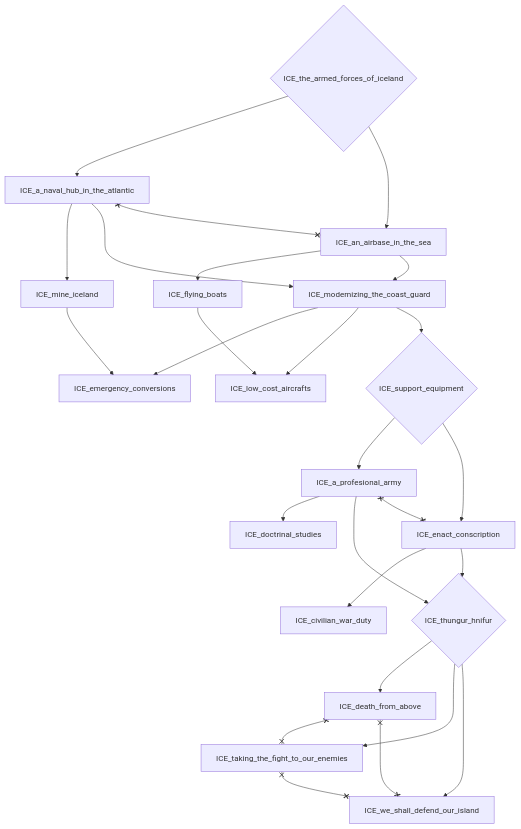
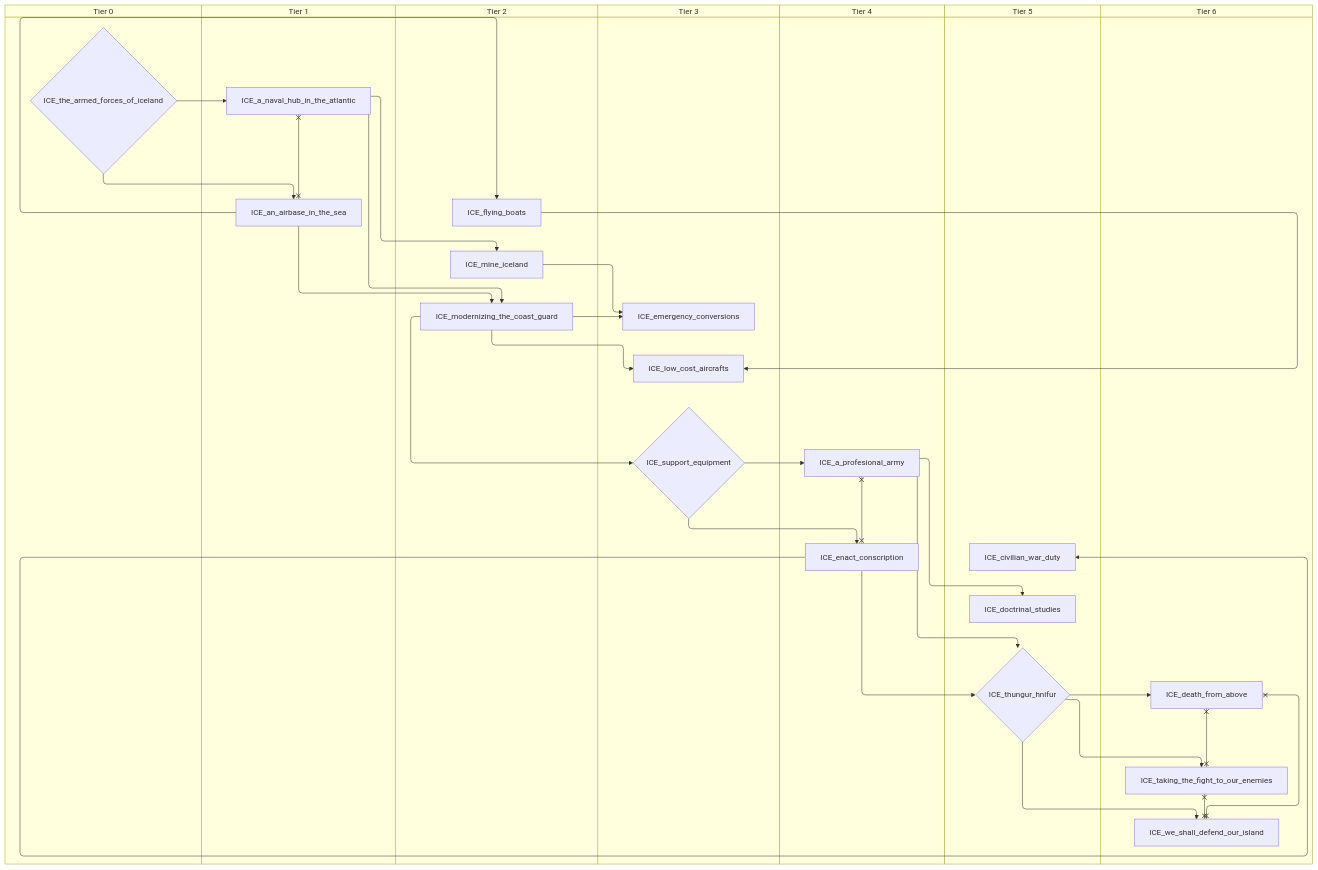
The fifth of 6 diagrams in docs/gdd/National Focuses/iceland.md (evgeny-sobol/hoi4-sandbox-mode-r56), drawn with Mermaid before and after one commit. The commit also changed other lines of this file and 423 other files, not shown here.

First line of the commit message:
Re-export Rt56 focus trees as swimlane diagrams

````diff
--- a/docs/gdd/National Focuses/iceland.md
+++ b/docs/gdd/National Focuses/iceland.md
@@ -165,45 +215,59 @@
 ```mermaid
-flowchart TD
-    n46["ICE_a_naval_hub_in_the_atlantic"]
-    n47["ICE_a_profesional_army"]
-    n48["ICE_an_airbase_in_the_sea"]
-    n49["ICE_civilian_war_duty"]
-    n50["ICE_death_from_above"]
-    n51["ICE_doctrinal_studies"]
-    n52["ICE_emergency_conversions"]
-    n53["ICE_enact_conscription"]
-    n54["ICE_flying_boats"]
-    n55["ICE_low_cost_aircrafts"]
-    n56["ICE_mine_iceland"]
-    n57["ICE_modernizing_the_coast_guard"]
-    n58{"ICE_support_equipment"}
-    n59["ICE_taking_the_fight_to_our_enemies"]
-    n60{"ICE_the_armed_forces_of_iceland"}
-    n61{"ICE_thungur_hnifur"}
-    n62["ICE_we_shall_defend_our_island"]
-    n60 --> n46
-    n58 --> n47
-    n60 --> n48
-    n53 --> n49
-    n61 --> n50
+swimlane-beta TD
+    subgraph tier_0["Tier 0"]
+        n46{"ICE_the_armed_forces_of_iceland"}
+    end
+    subgraph tier_1["Tier 1"]
+        n47["ICE_a_naval_hub_in_the_atlantic"]
+        n48["ICE_an_airbase_in_the_sea"]
+    end
+    subgraph tier_2["Tier 2"]
+        n49["ICE_flying_boats"]
+        n50["ICE_mine_iceland"]
+        n51["ICE_modernizing_the_coast_guard"]
+    end
+    subgraph tier_3["Tier 3"]
+        n52["ICE_emergency_conversions"]
+        n53["ICE_low_cost_aircrafts"]
+        n54{"ICE_support_equipment"}
+    end
+    subgraph tier_4["Tier 4"]
+        n55["ICE_a_profesional_army"]
+        n56["ICE_enact_conscription"]
+    end
+    subgraph tier_5["Tier 5"]
+        n57["ICE_civilian_war_duty"]
+        n58["ICE_doctrinal_studies"]
+        n59{"ICE_thungur_hnifur"}
+    end
+    subgraph tier_6["Tier 6"]
+        n60["ICE_death_from_above"]
+        n61["ICE_taking_the_fight_to_our_enemies"]
+        n62["ICE_we_shall_defend_our_island"]
+    end
+    n46 --> n47
+    n54 --> n55
+    n46 --> n48
+    n56 --> n57
+    n59 --> n60
+    n55 --> n58
+    n50 --> n52
+    n51 --> n52
+    n54 --> n56
+    n48 --> n49
+    n49 --> n53
+    n51 --> n53
+    n47 --> n50
+    n48 --> n51
     n47 --> n51
-    n56 --> n52
-    n57 --> n52
-    n58 --> n53
-    n48 --> n54
-    n54 --> n55
-    n57 --> n55
-    n46 --> n56
-    n48 --> n57
-    n46 --> n57
-    n57 --> n58
-    n61 --> n59
-    n47 --> n61
-    n53 --> n61
-    n61 --> n62
-    n46 x--x n48
-    n47 x--x n53
-    n50 x--x n59
-    n50 x--x n62
-    n59 x--x n62
+    n51 --> n54
+    n59 --> n61
+    n55 --> n59
+    n56 --> n59
+    n59 --> n62
+    n47 x--x n48
+    n55 x--x n56
+    n60 x--x n61
+    n60 x--x n62
+    n61 x--x n62
 ```
````
